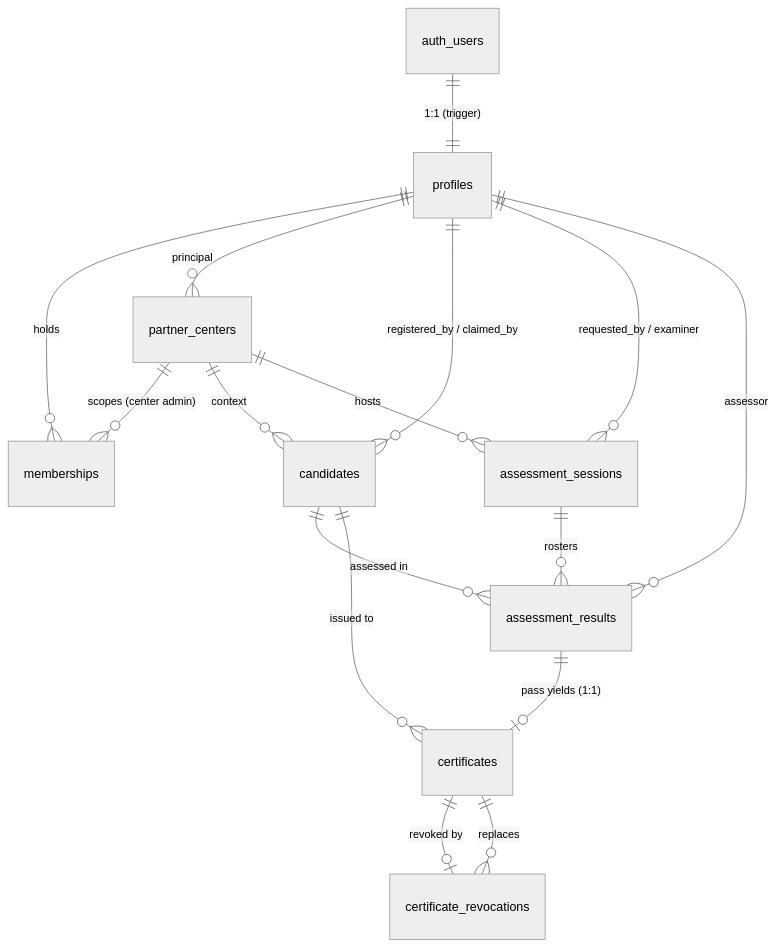
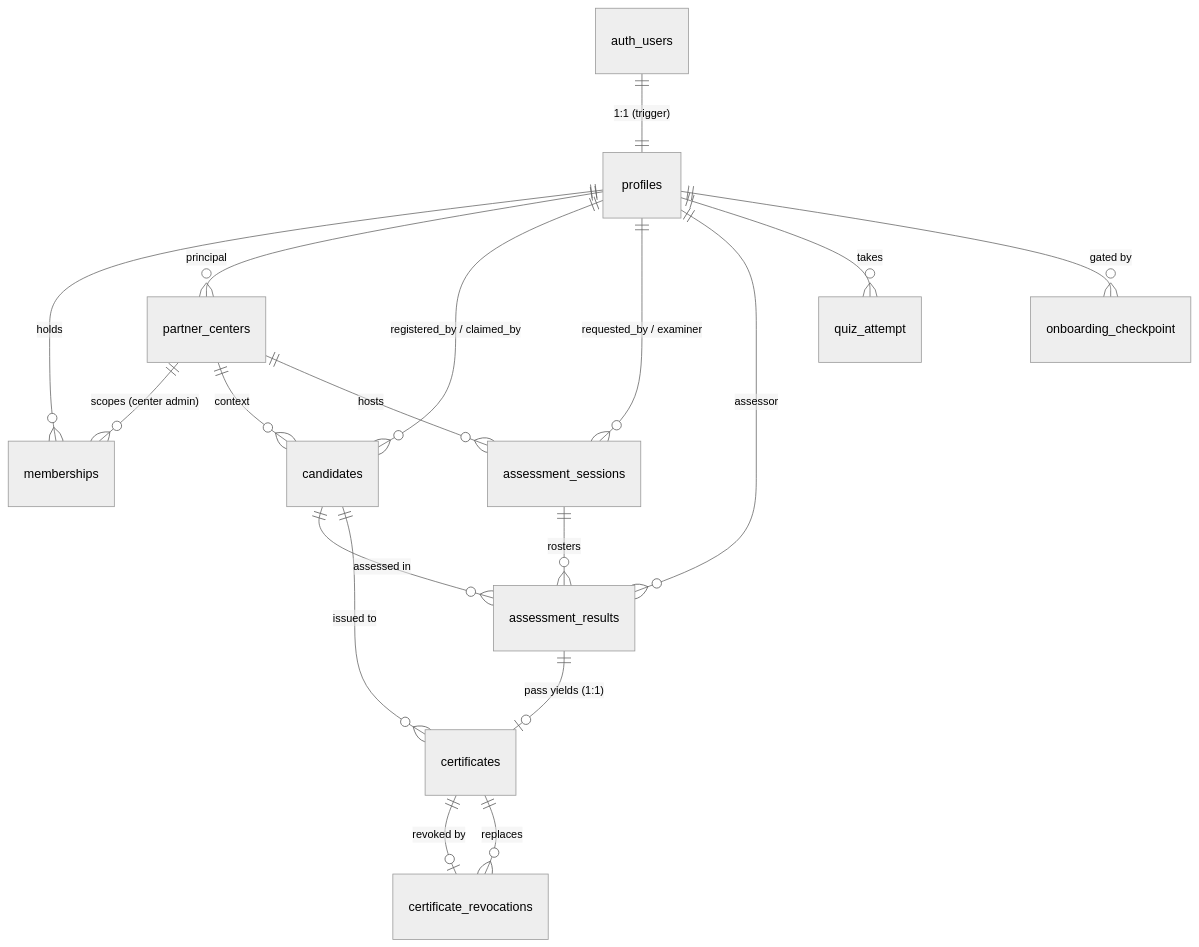
One commit to masbadges-anthony/mas-swim-badges changed the diagram in supabase/SCHEMA.md. Above: the diagram before and after it, drawn with Mermaid (neutral theme). The commit also changed other lines of this file, not shown here.

````diff
--- a/supabase/SCHEMA.md
+++ b/supabase/SCHEMA.md
@@ -49,18 +55,20 @@
 ```mermaid
 erDiagram
     auth_users   ||--|| profiles : "1:1 (trigger)"
     profiles     ||--o{ memberships : holds
     partner_centers ||--o{ memberships : "scopes (center admin)"
     profiles     ||--o{ partner_centers : "principal"
     profiles     ||--o{ candidates : "registered_by / claimed_by"
     partner_centers ||--o{ candidates : "context"
     profiles     ||--o{ assessment_sessions : "requested_by / examiner"
     partner_centers ||--o{ assessment_sessions : hosts
     assessment_sessions ||--o{ assessment_results : rosters
     candidates   ||--o{ assessment_results : "assessed in"
     profiles     ||--o{ assessment_results : assessor
     assessment_results ||--o| certificates : "pass yields (1:1)"
     candidates   ||--o{ certificates : "issued to"
     certificates ||--o| certificate_revocations : "revoked by"
     certificates ||--o{ certificate_revocations : "replaces"
+    profiles     ||--o{ quiz_attempt : takes
+    profiles     ||--o{ onboarding_checkpoint : "gated by"
 ```
````
